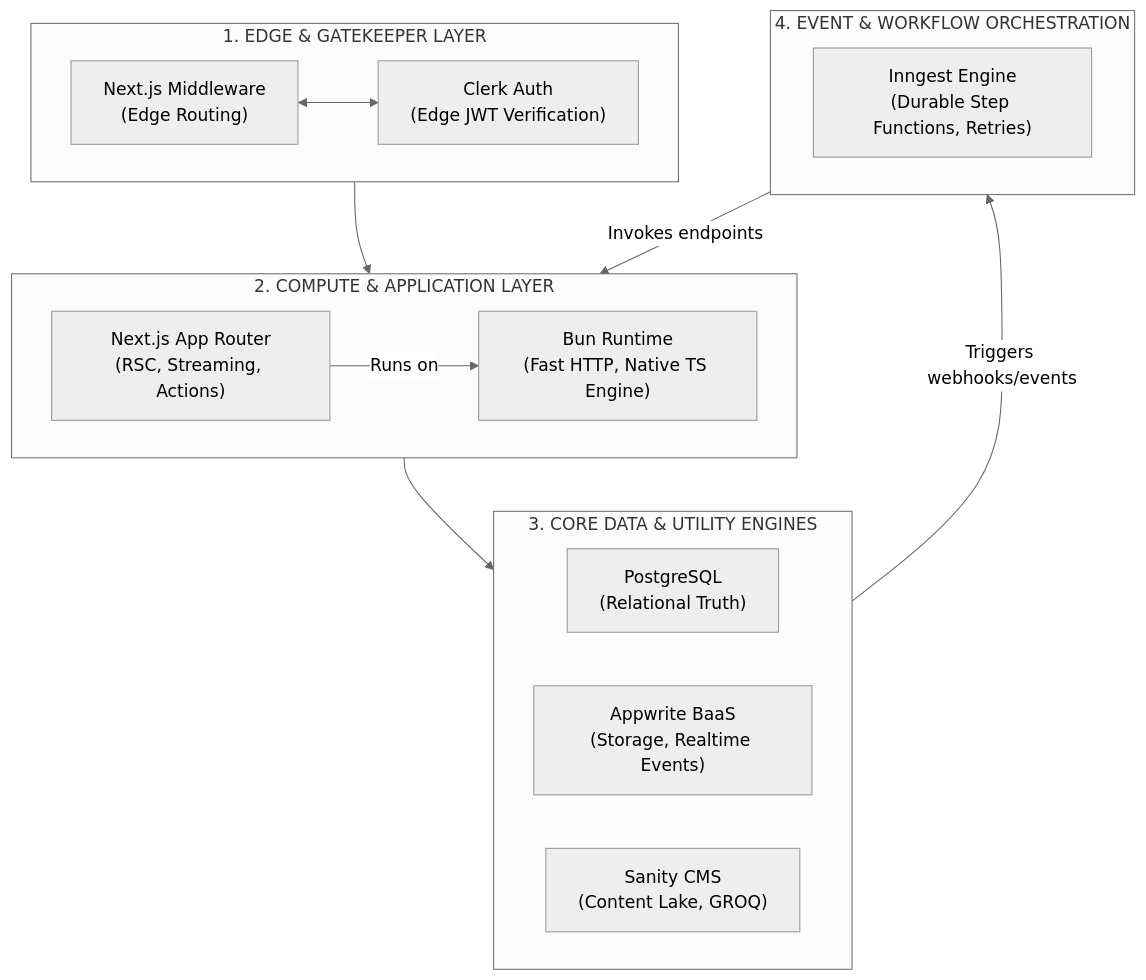
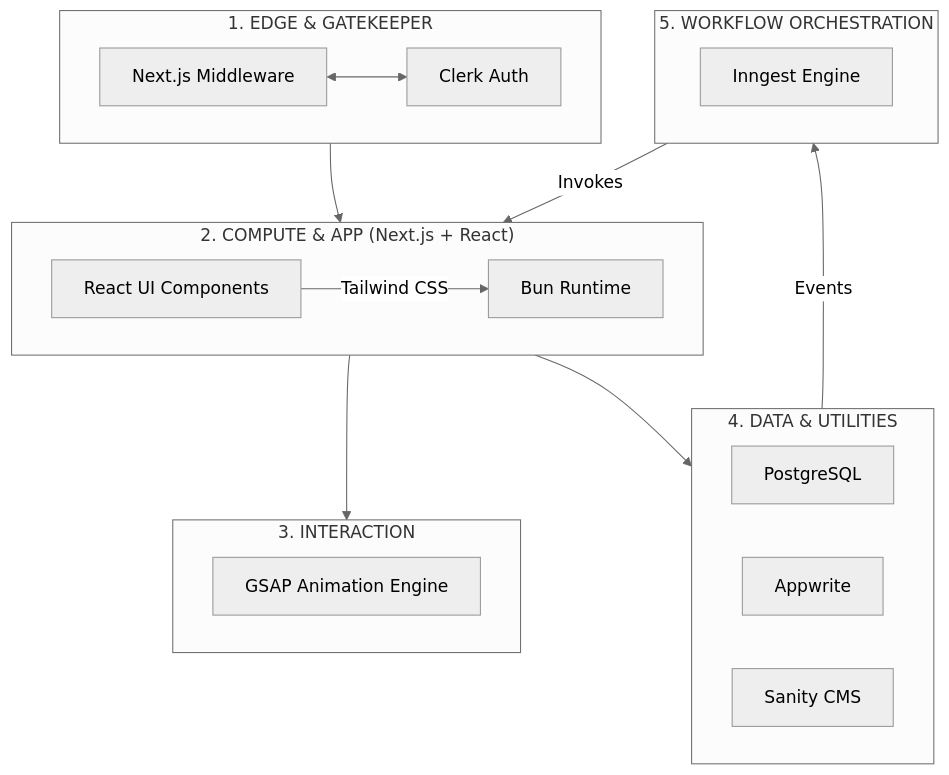
Before and after one commit to seanwhs/Plans: the diagram in My-Tech-Stack.md, drawn with Mermaid (neutral theme). The commit also changed other lines of this file, not shown here.

````diff
--- a/My-Tech-Stack.md
+++ b/My-Tech-Stack.md
@@ -25,26 +26,31 @@
 ```mermaid
 flowchart TB
-    subgraph EDGE["1. EDGE & GATEKEEPER LAYER"]
-        M["Next.js Middleware<br/>(Edge Routing)"] <--> C["Clerk Auth<br/>(Edge JWT Verification)"]
+    subgraph EDGE["1. EDGE & GATEKEEPER"]
+        M["Next.js Middleware"] <--> C["Clerk Auth"]
     end
 
-    subgraph CL["2. COMPUTE & APPLICATION LAYER"]
-        A["Next.js App Router<br/>(RSC, Streaming, Actions)"] -->|"Runs on"| B["Bun Runtime<br/>(Fast HTTP, Native TS Engine)"]
+    subgraph CL["2. COMPUTE & APP (Next.js + React)"]
+        A["React UI Components"] -->|Tailwind CSS| B["Bun Runtime"]
     end
 
-    subgraph DATA["3. CORE DATA & UTILITY ENGINES"]
-        E["PostgreSQL<br/>(Relational Truth)"]
-        D["Appwrite BaaS<br/>(Storage, Realtime Events)"]
-        F["Sanity CMS<br/>(Content Lake, GROQ)"]
+    subgraph MOTION["3. INTERACTION"]
+        GS["GSAP Animation Engine"]
     end
 
-    subgraph ORCH["4. EVENT & WORKFLOW ORCHESTRATION"]
-        G["Inngest Engine<br/>(Durable Step Functions, Retries)"]
+    subgraph DATA["4. DATA & UTILITIES"]
+        E["PostgreSQL"]
+        D["Appwrite"]
+        F["Sanity CMS"]
+    end
+
+    subgraph ORCH["5. WORKFLOW ORCHESTRATION"]
+        G["Inngest Engine"]
     end
 
     EDGE --> CL
+    CL --> MOTION
     CL --> DATA
-    DATA -->|"Triggers webhooks/events"| ORCH
-    ORCH -->|"Invokes endpoints"| CL
+    DATA -->|"Events"| ORCH
+    ORCH -->|"Invokes"| CL
 
 ```
````
